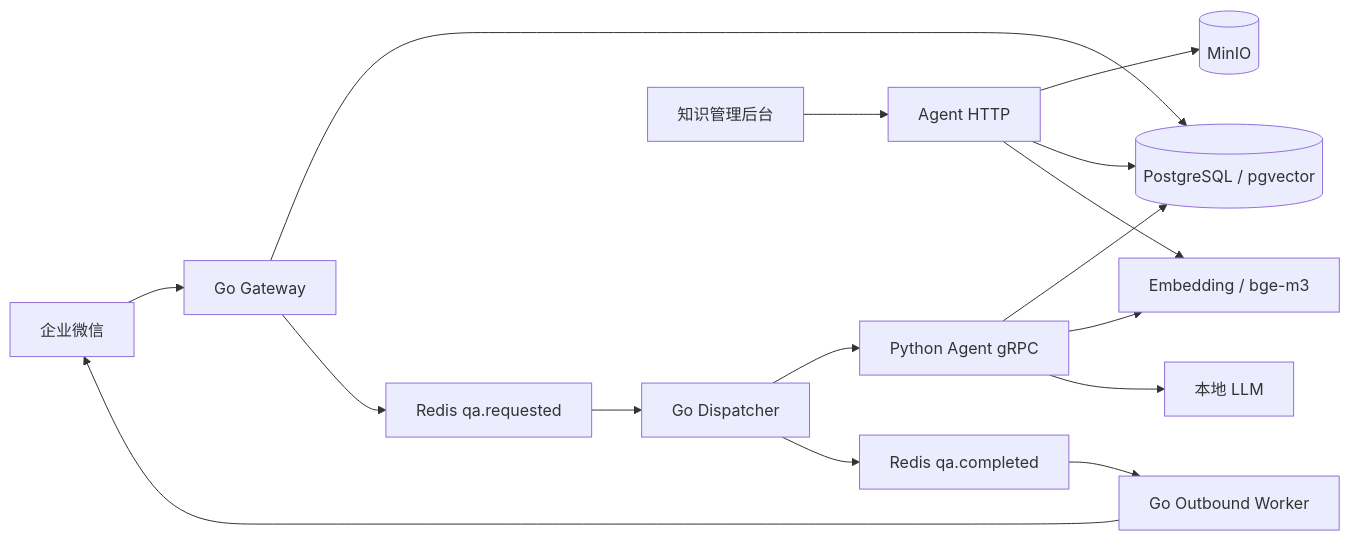
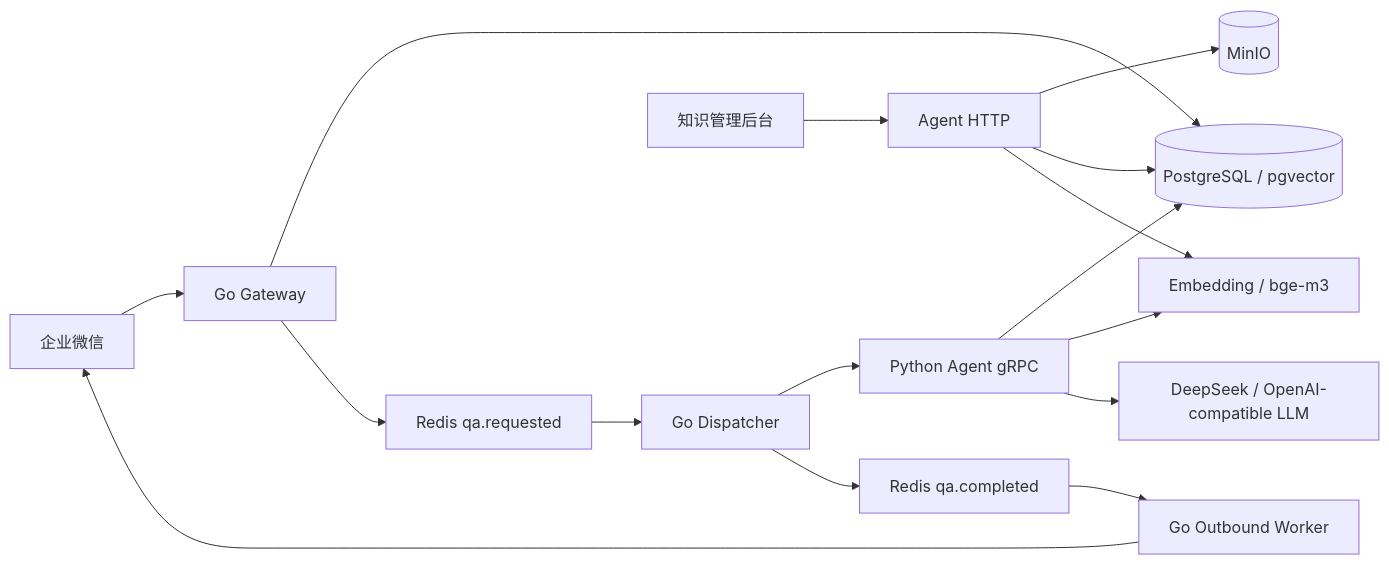
Before and after one commit to mature-chives/workChat_bot: the diagram in README.md, drawn with Mermaid. The commit also changed other lines of this file and 13 other files, not shown here.

Commit message:
feat: add DeepSeek response answer generation

````diff
--- a/README.md
+++ b/README.md
@@ -28,19 +28,19 @@
 ```mermaid
 flowchart LR
     WX[企业微信] --> GW[Go Gateway]
     GW --> DB[(PostgreSQL / pgvector)]
     GW --> REQ[Redis qa.requested]
     REQ --> DISPATCHER[Go Dispatcher]
     DISPATCHER --> AGENT[Python Agent gRPC]
     AGENT --> DB
     AGENT --> EMB[Embedding / bge-m3]
-    AGENT --> LLM[本地 LLM]
+    AGENT --> LLM[DeepSeek / OpenAI-compatible LLM]
     DISPATCHER --> DONE[Redis qa.completed]
     DONE --> OUT[Go Outbound Worker]
     OUT --> WX
 
     ADMIN[知识管理后台] --> HTTP[Agent HTTP]
     HTTP --> MINIO[(MinIO)]
     HTTP --> DB
     HTTP --> EMB
 ```
````
